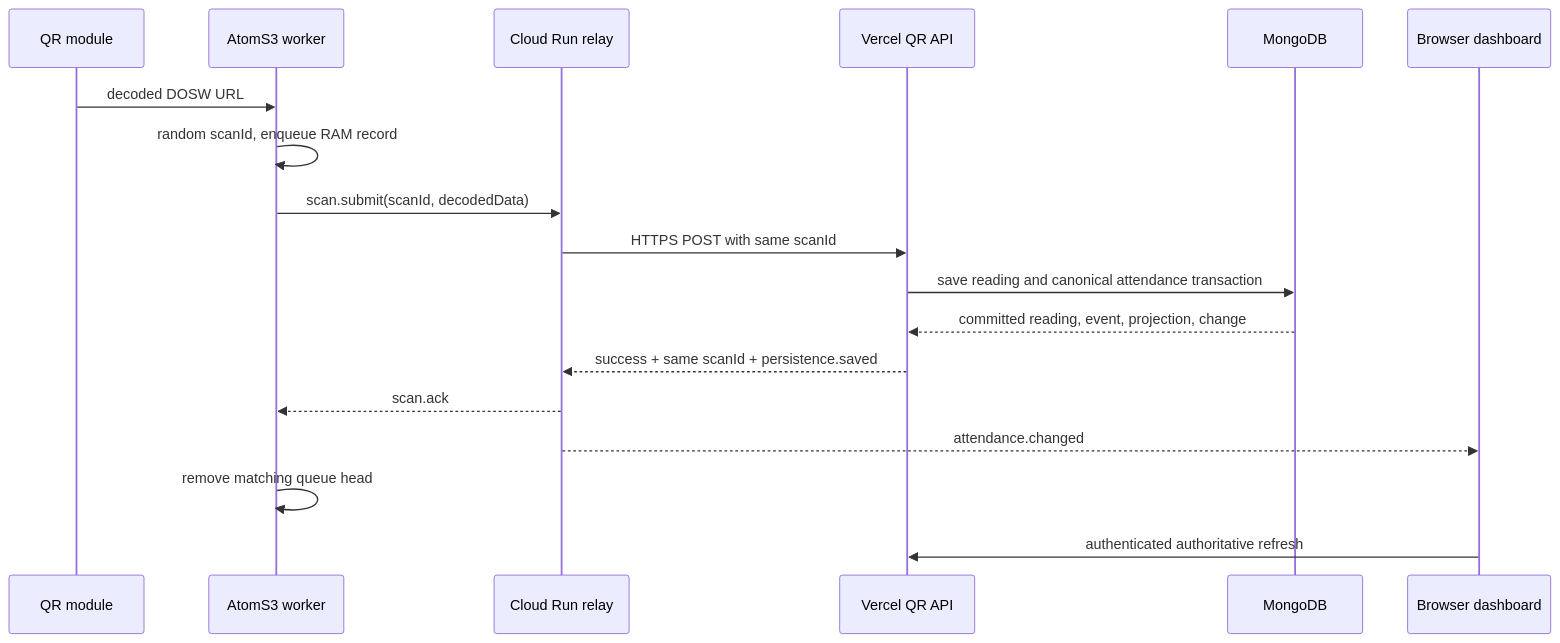
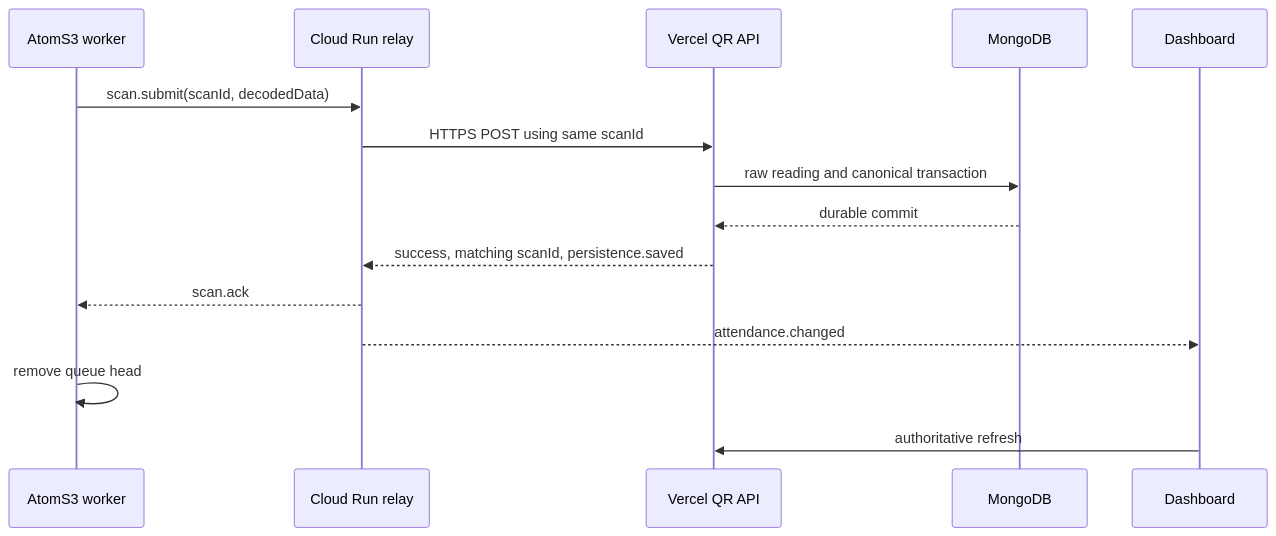
One commit to RAJ-IITROORKEE/IITR-QR-Logger-ICC changed the fifth of 6 diagrams in ARCHITECTURE.md. Above: the diagram before and after it, drawn with Mermaid. The commit also changed other lines of this file and 20 other files, not shown here.

````diff
--- a/ARCHITECTURE.md
+++ b/ARCHITECTURE.md
@@ -152,21 +175,18 @@
 ```mermaid
 sequenceDiagram
-  participant QR as QR module
   participant ESP as AtomS3 worker
   participant Relay as Cloud Run relay
   participant API as Vercel QR API
   participant DB as MongoDB
-  participant UI as Browser dashboard
+  participant Browser as Dashboard
 
-  QR->>ESP: decoded DOSW URL
-  ESP->>ESP: random scanId, enqueue RAM record
   ESP->>Relay: scan.submit(scanId, decodedData)
-  Relay->>API: HTTPS POST with same scanId
-  API->>DB: save reading and canonical attendance transaction
-  DB-->>API: committed reading, event, projection, change
-  API-->>Relay: success + same scanId + persistence.saved
+  Relay->>API: HTTPS POST using same scanId
+  API->>DB: raw reading and canonical transaction
+  DB-->>API: durable commit
+  API-->>Relay: success, matching scanId, persistence.saved
   Relay-->>ESP: scan.ack
-  Relay-->>UI: attendance.changed
-  ESP->>ESP: remove matching queue head
-  UI->>API: authenticated authoritative refresh
+  Relay-->>Browser: attendance.changed
+  ESP->>ESP: remove queue head
+  Browser->>API: authoritative refresh
 ```
````
